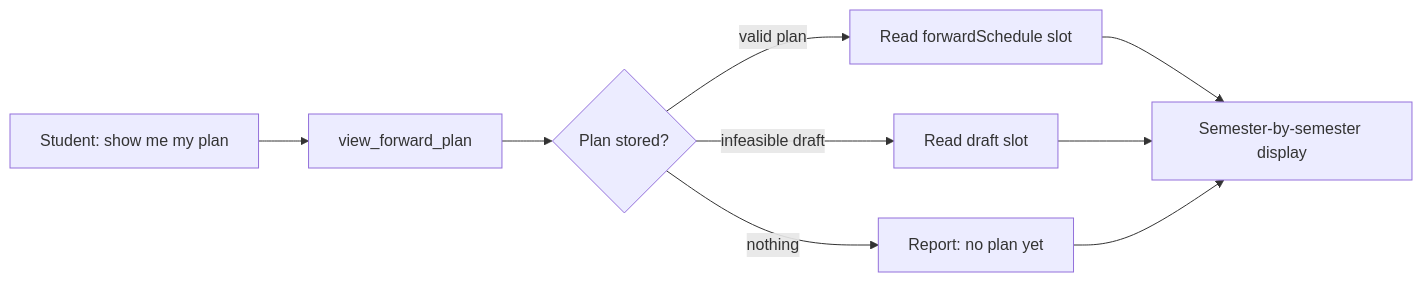
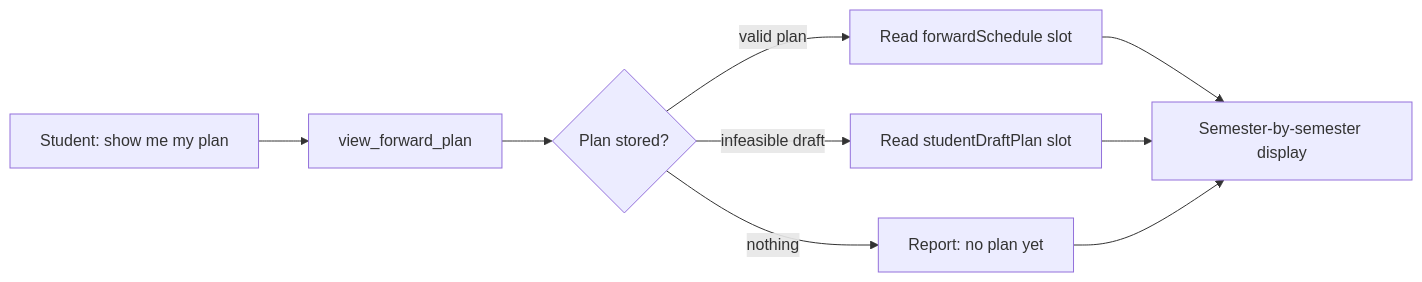
One commit to EdoardoMongardi/NYU_Path changed the first of 2 diagrams in Docs/current-system/tools/view_forward_plan.md. Above: the diagram before and after it, drawn with Mermaid. The commit also changed other lines of this file and 73 other files, not shown here.

````diff
--- a/Docs/current-system/tools/view_forward_plan.md
+++ b/Docs/current-system/tools/view_forward_plan.md
@@ -7,11 +9,11 @@
 ```mermaid
 flowchart LR
     Q[Student: show me my plan] --> T[view_forward_plan]
     T --> R{Plan stored?}
     R -->|valid plan| MAIN[Read forwardSchedule slot]
-    R -->|infeasible draft| DRAFT[Read draft slot]
+    R -->|infeasible draft| DRAFT[Read studentDraftPlan slot]
     R -->|nothing| NONE[Report: no plan yet]
     MAIN --> A[Semester-by-semester display]
     DRAFT --> A
     NONE --> A
 ```
````
